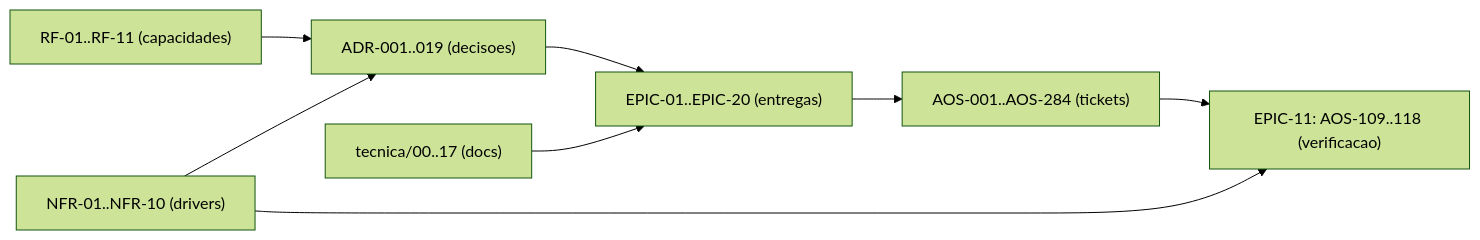
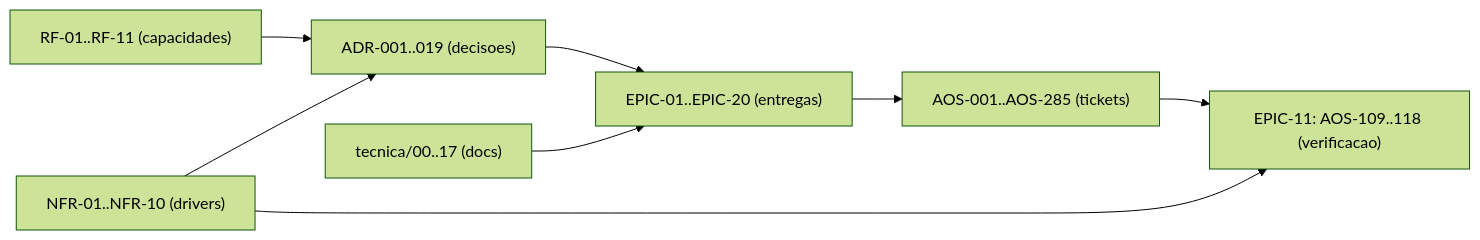
One commit to albinoJimy/aos changed the diagram in tecnica/16_Rastreabilidade_RTM.md. Above: the diagram before and after it, drawn with Mermaid (forest theme). The commit also changed other lines of this file and 3 other files, not shown here.

````diff
--- a/tecnica/16_Rastreabilidade_RTM.md
+++ b/tecnica/16_Rastreabilidade_RTM.md
@@ -172,10 +172,10 @@
 ```mermaid
 flowchart LR
     RF["RF-01..RF-11 (capacidades)"] --> ADR["ADR-001..019 (decisoes)"]
     NFR["NFR-01..NFR-10 (drivers)"] --> ADR
     ADR --> EPIC["EPIC-01..EPIC-20 (entregas)"]
-    EPIC --> TICK["AOS-001..AOS-284 (tickets)"]
+    EPIC --> TICK["AOS-001..AOS-285 (tickets)"]
     DOC["tecnica/00..17 (docs)"] --> EPIC
     TICK --> TEST["EPIC-11: AOS-109..118 (verificacao)"]
     NFR --> TEST
 ```
````
